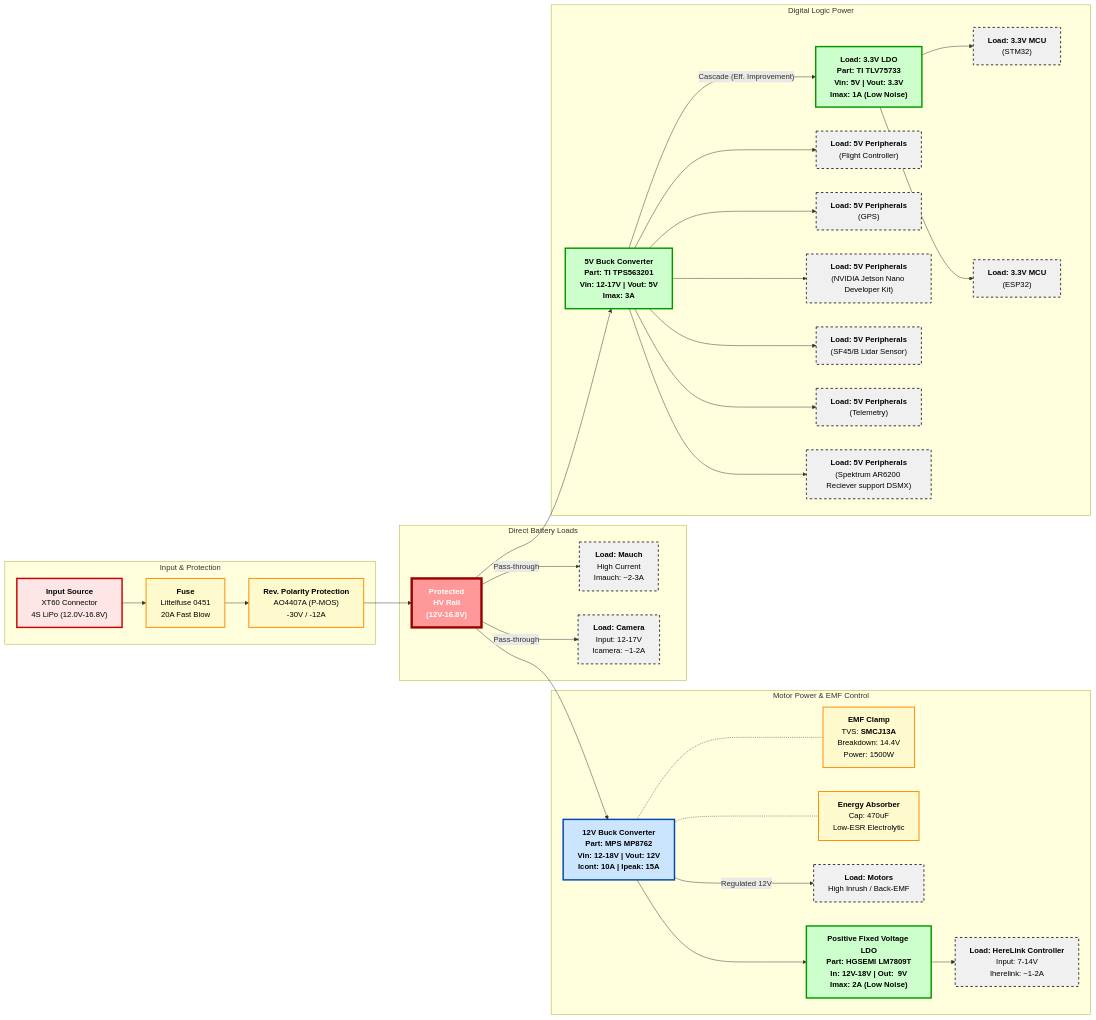
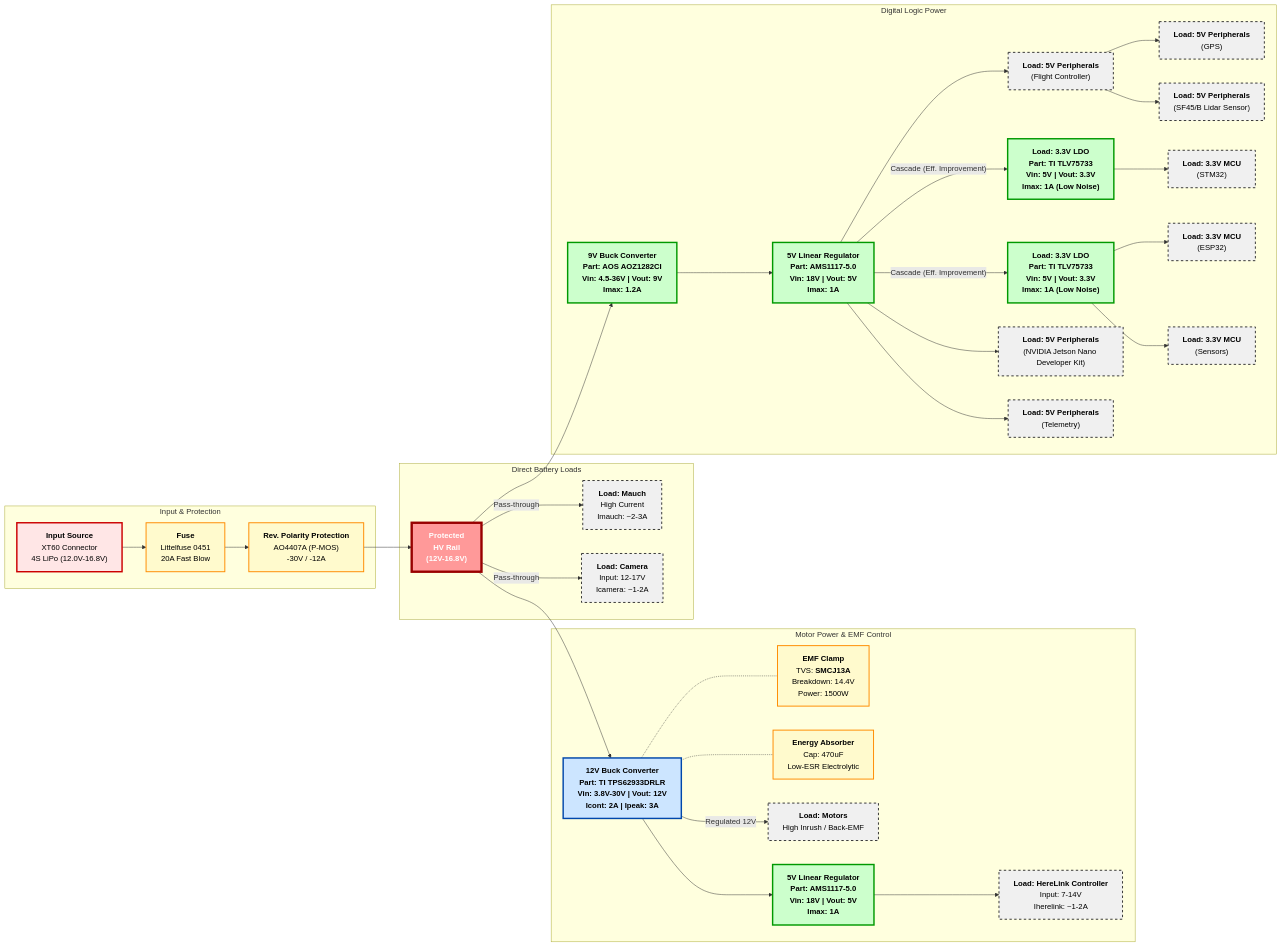
One commit to Alex-Eagles/Season_26_AE_Hardware_System changed the diagram in README.md. Above: the diagram before and after it, drawn with Mermaid.

Commit message:
README.md Update

```diff
--- a/README.md
+++ b/README.md
@@ -31,58 +31,67 @@
 
     %% --- 12V MOTOR REGULATION ---
     subgraph MOTOR_STAGE [Motor Power & EMF Control]
-        BUCK12["<b>12V Buck Converter</b><br/>Part: <b>MPS MP8762</b><br/>Vin: 12-18V | Vout: 12V<br/>Icont: 10A | Ipeak: 15A"]:::reg12
+        BUCK12["<b>12V Buck Converter</b><br/>Part: <b>TI TPS62933DRLR</b><br/>Vin: 3.8V-30V | Vout: 12V<br/>Icont: 2A | Ipeak: 3A"]:::reg12
         
         TVS["<b>EMF Clamp</b><br/>TVS: <b>SMCJ13A</b><br/>Breakdown: 14.4V<br/>Power: 1500W"]:::protect
         BULK["<b>Energy Absorber</b><br/>Cap: 470uF<br/>Low-ESR Electrolytic"]:::protect
         
         MOTORS["<b>Load: Motors</b><br/>High Inrush / Back-EMF"]:::load
-        LDOH["<b>Positive Fixed Voltage LDO</b><br/>Part: <b>HGSEMI LM7809T</b><br/>In: 12V-18V | Out:  9V<br/>Imax: 2A (Low Noise)"]:::reg5
+        BUCK555["<b>5V Linear Regulator</b><br/>Part: <b>AMS1117-5.0</b><br/>Vin: 18V | Vout: 5V<br/>Imax: 1A"]:::reg5
+
         Herelink["<b>Load: HereLink Controller</b><br/>Input: 7-14V<br/>Iherelink: ~1-2A"]:::load
         
         BUS_HV --> BUCK12
         BUCK12 -->|Regulated 12V| MOTORS
-        BUCK12 --> LDOH
-        LDOH -->  Herelink
+        BUCK12 --> BUCK555
+        BUCK555 -->  Herelink
         BUCK12 -.- TVS
         BUCK12 -.- BULK
     end
 
     %% --- LOGIC REGULATION ---
     subgraph LOGIC_STAGE [Digital Logic Power]
-        BUCK5["<b>5V Buck Converter</b><br/>Part: <b>TI TPS563201</b><br/>Vin: 12-17V | Vout: 5V<br/>Imax: 3A"]:::reg5
-        
+        BUCK5["<b>5V Linear Regulator</b><br/>Part: <b>AMS1117-5.0</b><br/>Vin: 18V | Vout: 5V<br/>Imax: 1A"]:::reg5
+        BUCK9["<b>9V Buck Converter</b><br/>Part: <b>AOS AOZ1282CI</b><br/>Vin: 4.5-36V | Vout: 9V<br/>Imax: 1.2A"]:::reg5
         LDO33["<b>Load: 3.3V LDO</b><br/>Part: <b>TI TLV75733</b><br/>Vin: 5V | Vout: 3.3V<br/>Imax: 1A (Low Noise)"]:::reg5
-        
+        LDO333["<b>Load: 3.3V LDO</b><br/>Part: <b>TI TLV75733</b><br/>Vin: 5V | Vout: 3.3V<br/>Imax: 1A (Low Noise)"]:::reg5
+
         FC["<b>Load: 5V Peripherals</b><br/>(Flight Controller)"]:::load
         GPS["<b>Load: 5V Peripherals</b><br/>(GPS)"]:::load
         COMP["<b>Load: 5V Peripherals</b><br/>(NVIDIA Jetson Nano Developer Kit)"]:::load
         LIDAR["<b>Load: 5V Peripherals</b><br/>(SF45/B  Lidar Sensor)"]:::load
         TEL["<b>Load: 5V Peripherals</b><br/>(Telemetry)"]:::load
-        RC["<b>Load: 5V Peripherals</b><br/>(Spektrum AR6200 Reciever support DSMX)"]:::load
 
         MCUST["<b>Load: 3.3V MCU</b><br/>(STM32)"]:::load
         MCUES["<b>Load: 3.3V MCU</b><br/>(ESP32)"]:::load
+        MCUESS["<b>Load: 3.3V MCU</b><br/>(Sensors)"]:::load
 
-        BUS_HV --> BUCK5
-        BUCK5 --> FC
-        BUCK5 --> RC       
-        BUCK5 --> GPS
+        BUS_HV --> BUCK9
+        BUCK9 --> BUCK5
+        BUCK5 -->|"Cascade (Eff. Improvement)"| LDO333
+        LDO333 --> MCUESS
+        LDO33 --> MCUST
+        LDO333 --> MCUES 
         BUCK5 --> COMP
-        BUCK5 --> LIDAR
-        LDO33 --> MCUST
-        LDO33 --> MCUES
         BUCK5 --> TEL
         BUCK5 -->|"Cascade (Eff. Improvement)"| LDO33
+        BUCK5--> FC
+        FC --> GPS
+        FC --> LIDAR
+
+
     end
     click BAT "https://www.hobbytown.com/gens-ace-4s-lipo-battery-60c-14.8v-7200mah-gea72004s60d/p1336145" "Gens Ace 4S LiPo Battery 60C Datasheet"
     click FUSE "https://www.lcsc.com/product-detail/C178980.html?s_z=n_0451020.MRL" "Littelfuse 0451020.MRL Datasheet"
     click PMOS "https://www.lcsc.com/product-detail/C16072.html?s_z=n_AO4407A" "AO4407A (P-MOS) Datasheet"
+    click BUCK9 "https://www.lcsc.com/product-detail/C111916.html" "AOS AOZ1282CI Datasheet"
     click TVS "https://www.lcsc.com/product-detail/C43060567.html?s_z=n_SMCJ13A" "RUILON SMCJ13A Datasheet"
     click BULK "https://www.lcsc.com/product-detail/C127917.html?s_z=n_35PX470MEFC10X12.5" "Rubycon 35PX470MEFC10X12.5 Datasheet"
-    click BUCK12 "https://www.lcsc.com/product-detail/C10002.html?s_z=n_TI%2520LM2596SX-5.0%252FNOPB" "TI LM2596SX-5.0/NOPB Datasheet"
-    click BUCK5 "https://www.lcsc.com/product-detail/C116592.html?s_z=n_TI%2520TPS563201" "TI TPS563201DDCR Datasheet"
+    click BUCK12 "https://www.lcsc.com/product-detail/C3200405.html?s_z=n_buck%20convertor" "TI TPS62933DRLR Datasheet"
+    click BUCK5 "https://www.lcsc.com/product-detail/C880753.html" "AMS1117-5.0 Datasheet"
+    click BUCK555 "https://www.lcsc.com/product-detail/C880753.html" "AMS1117-5.0 Datasheet"
     click LDO33 "https://www.lcsc.com/product-detail/C485517.html?s_z=n_%2520TI%2520TLV75733" "TI TLV75733PDBVR Datasheet"
+    click LDO333 "https://www.lcsc.com/product-detail/C485517.html?s_z=n_%2520TI%2520TLV75733" "TI TLV75733PDBVR Datasheet"
     click MOOK "https://mauch-electronic.com/products/016-pl-2-6s-bec-2x5-35v-with-cfk-enclosure" "Mauch Datasheet"
     click CAM "https://siyi.biz/siyi_file/A8%20mini/A8%20mini%20User%20Manual%20v1.6.pdf" "Open Siyi A8 Manual"
     click Herelink "https://docs.cubepilot.org/user-guides/herelink/herelink-overview" "Open Herelink Guide"
```
